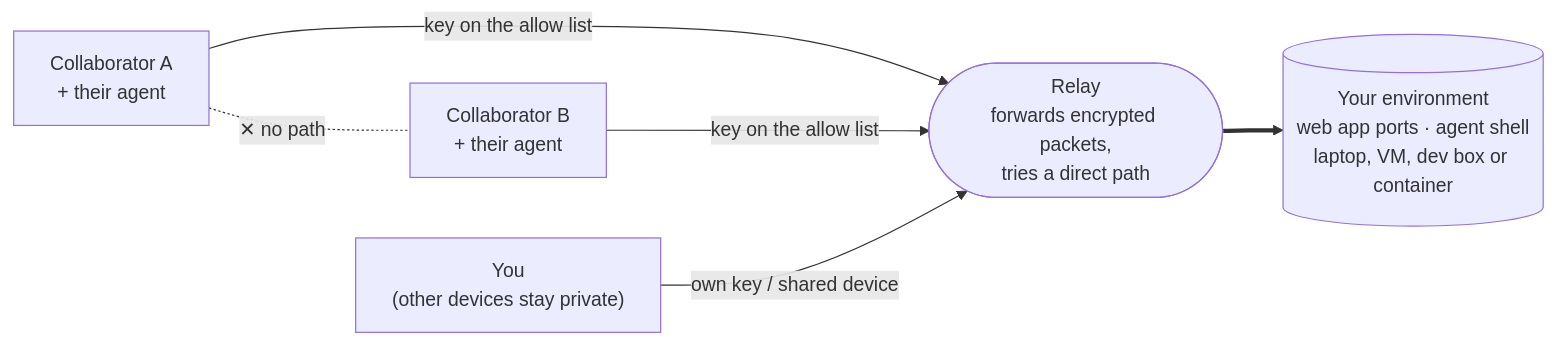
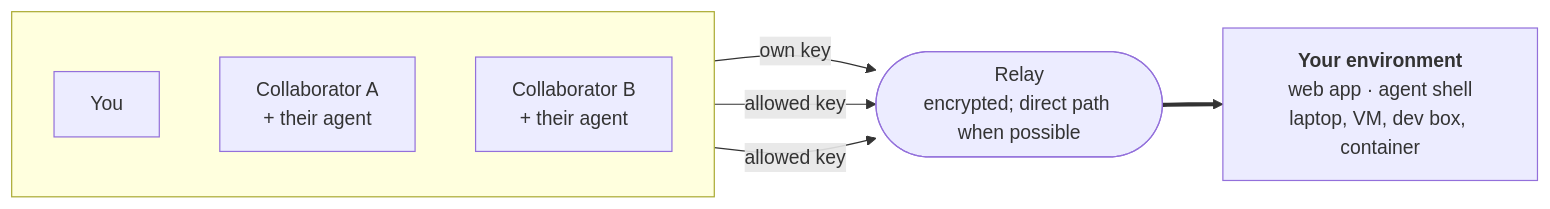
One commit to JerryChaox/tailshare changed the diagram in README.md. Above: the diagram before and after it, drawn with Mermaid. The commit also changed other lines of this file, not shown here.

Commit message:
README: simplify the diagram

````diff
--- a/README.md
+++ b/README.md
@@ -46,14 +46,16 @@
 ```mermaid
 flowchart LR
-    G1["Collaborator A<br/>+ their agent"]
-    G2["Collaborator B<br/>+ their agent"]
-    ME["You<br/>(other devices stay private)"]
-    R(["Relay<br/>forwards encrypted packets,<br/>tries a direct path"])
-    ENV[("Your environment<br/>web app ports · agent shell<br/>laptop, VM, dev box or container")]
+    subgraph people[" "]
+        direction TB
+        ME["You"]
+        A["Collaborator A<br/>+ their agent"]
+        B["Collaborator B<br/>+ their agent"]
+    end
+    R(["Relay<br/>encrypted; direct path when possible"])
+    ENV["<b>Your environment</b><br/>web app · agent shell<br/>laptop, VM, dev box, container"]
 
-    G1 -- "key on the allow list" --> R
-    G2 -- "key on the allow list" --> R
-    ME -- "own key / shared device" --> R
+    ME -- "own key" --> R
+    A -- "allowed key" --> R
+    B -- "allowed key" --> R
     R ==> ENV
-    G1 -. "✕ no path" .- G2
 ```
````
